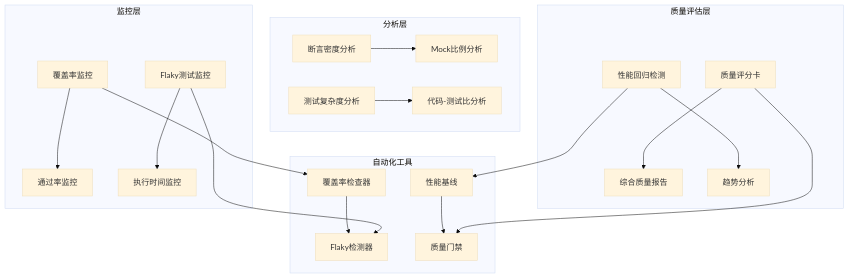
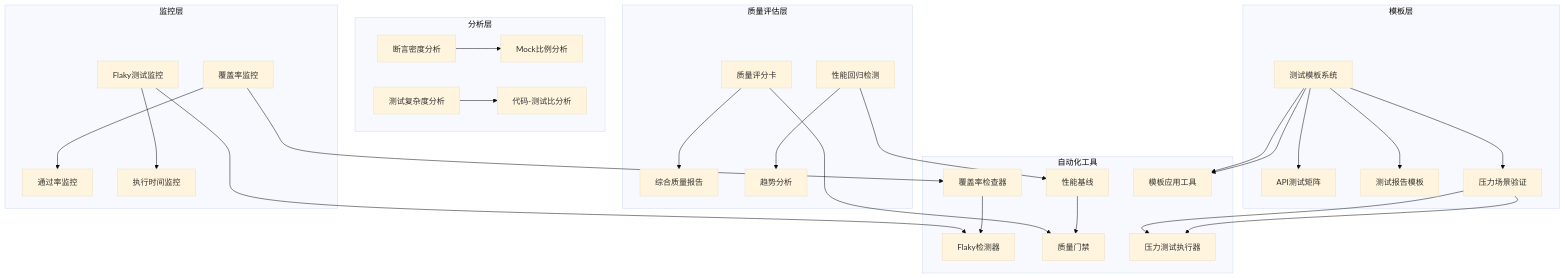
The second of 12 diagrams in .qoder/repowiki/zh/content/Altas Workflow Core/测试质量度量参考.md (AngelWings1997/altas), drawn with Mermaid (base theme) before and after one commit. The commit also changed other lines of this file and 8 other files, not shown here.

````diff
--- a/.qoder/repowiki/zh/content/Altas Workflow Core/测试质量度量参考.md
+++ b/.qoder/repowiki/zh/content/Altas Workflow Core/测试质量度量参考.md
@@ -113,23 +163,32 @@
 ```mermaid
 graph TD
 subgraph "监控层"
 A[覆盖率监控] --> B[通过率监控]
 C[Flaky测试监控] --> D[执行时间监控]
 end
+subgraph "模板层"
+E[测试模板系统] --> F[API测试矩阵]
+E --> G[测试报告模板]
+E --> H[压力场景验证]
+end
 subgraph "分析层"
-E[断言密度分析] --> F[Mock比例分析]
-G[测试复杂度分析] --> H[代码-测试比分析]
+I[断言密度分析] --> J[Mock比例分析]
+K[测试复杂度分析] --> L[代码-测试比分析]
 end
 subgraph "质量评估层"
-I[质量评分卡] --> J[综合质量报告]
-K[性能回归检测] --> L[趋势分析]
+M[质量评分卡] --> N[综合质量报告]
+O[性能回归检测] --> P[趋势分析]
 end
 subgraph "自动化工具"
-M[覆盖率检查器] --> N[Flaky检测器]
-O[性能基线] --> P[质量门禁]
+Q[覆盖率检查器] --> R[Flaky检测器]
+S[性能基线] --> T[质量门禁]
+E --> U[模板应用工具]
+H --> V[压力测试执行器]
 end
-A --> M
-C --> N
-K --> O
-I --> P
+A --> Q
+C --> R
+O --> S
+M --> T
+E --> U
+H --> V
 ```
````
